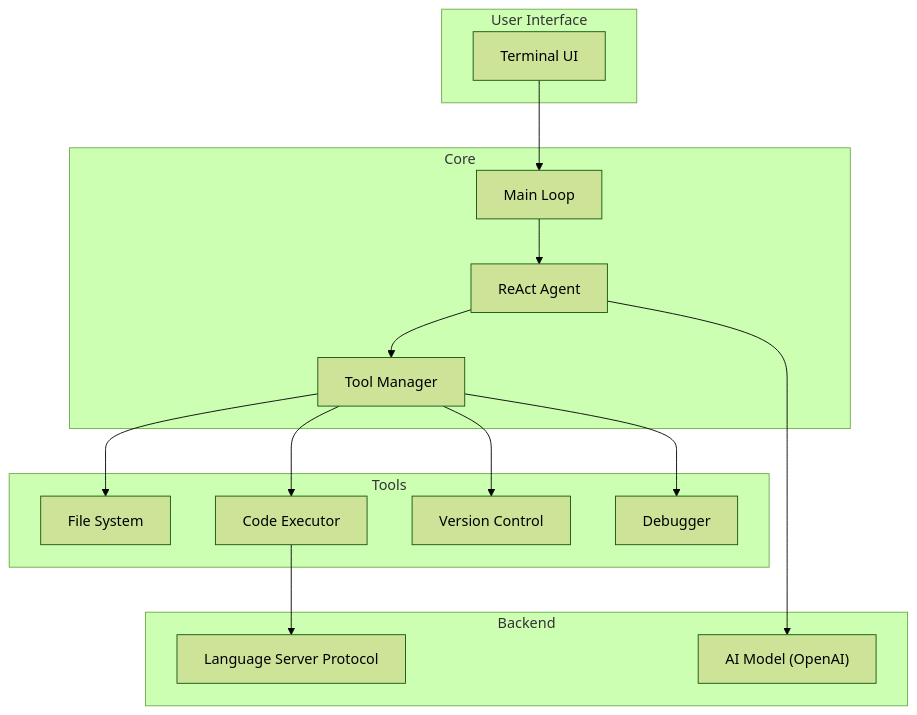
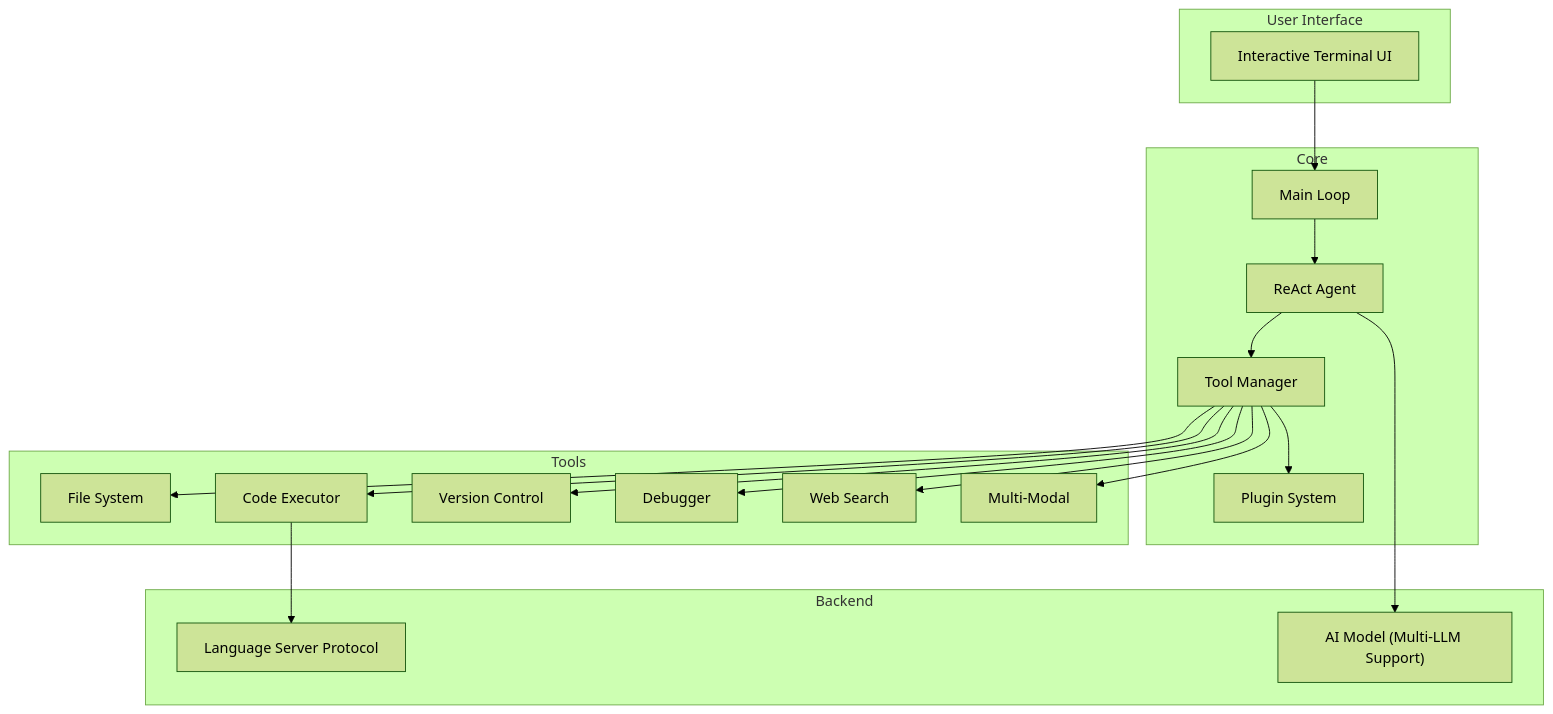
One commit to sgoal/tide changed the diagram in README.md. Above: the diagram before and after it, drawn with Mermaid (forest theme). The commit also changed other lines of this file, not shown here.

Commit message:
docs: enhance README with project vision and roadmap

````diff
--- a/README.md
+++ b/README.md
@@ -23,34 +13,40 @@
 ```mermaid
 graph TD
     subgraph User Interface
-        A[Terminal UI]
+        A[Interactive Terminal UI]
     end
 
     subgraph Core
         B[Main Loop]
         C[ReAct Agent]
         D[Tool Manager]
+        K[Plugin System]
     end
 
     subgraph Tools
         E[File System]
         F[Code Executor]
         G[Version Control]
         H[Debugger]
+        L[Web Search]
+        M[Multi-Modal]
     end
 
     subgraph Backend
         I[Language Server Protocol]
-        J["AI Model (OpenAI)"]
+        J["AI Model (Multi-LLM Support)"]
     end
 
     A --> B
     B --> C
     C --> D
     D --> E
     D --> F
     D --> G
     D --> H
+    D --> L
+    D --> M
     C --> J
     F --> I
+    D --> K
 ```
````
